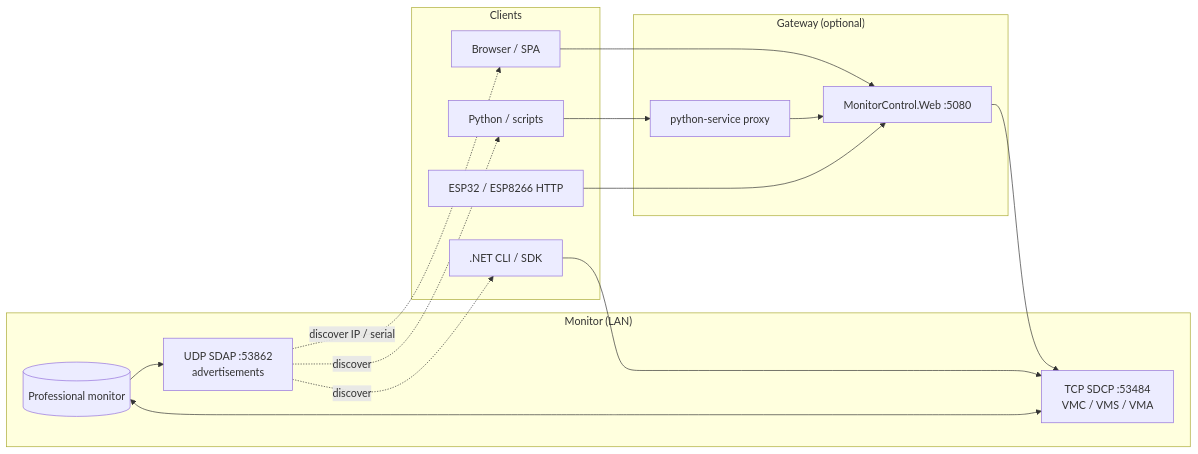
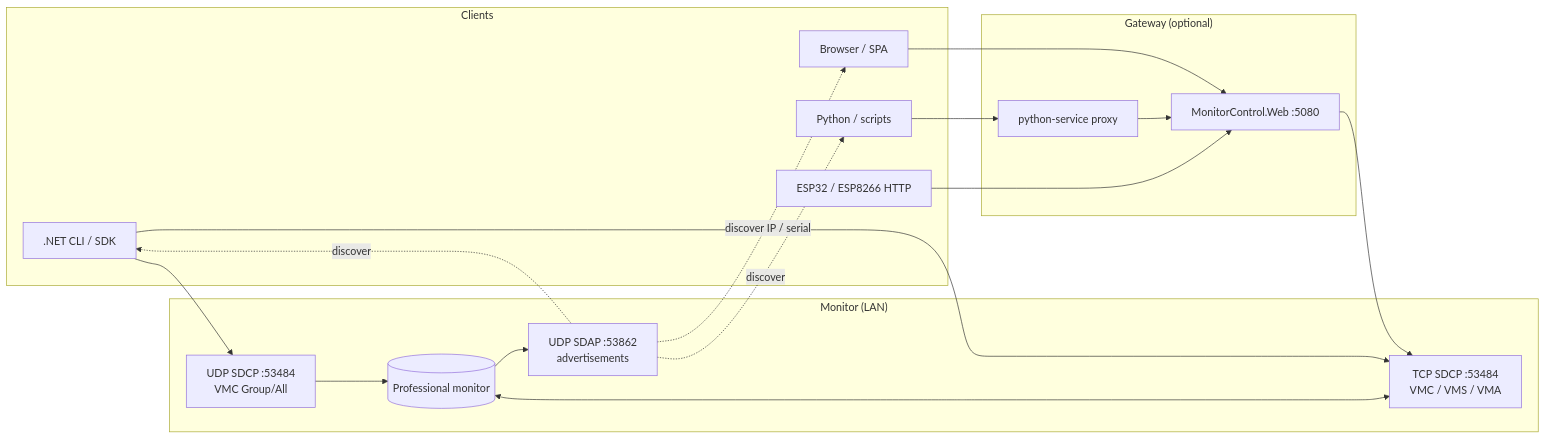
Before and after one commit to andrew867/MonitorControlSDK: the first of 6 diagrams in docs/diagrams/monitor-control-flows.md, drawn with Mermaid. The commit also changed other lines of this file and 24 other files, not shown here.

First line of the commit message:
feat(sdcp): UDP VMC broadcast transport, CLI, web API, sample, and docs

````diff
--- a/docs/diagrams/monitor-control-flows.md
+++ b/docs/diagrams/monitor-control-flows.md
@@ -9,34 +9,37 @@
 ```mermaid
 flowchart LR
   subgraph Clients
     Web[Browser / SPA]
     Py[Python / scripts]
     DotNet[.NET CLI / SDK]
     Mcu[ESP32 / ESP8266 HTTP]
   end
 
   subgraph Gateway_optional["Gateway (optional)"]
     WebApi["MonitorControl.Web :5080"]
     PyGw["python-service proxy"]
   end
 
   subgraph Monitor_LAN["Monitor (LAN)"]
     SDAP["UDP SDAP :53862<br/>advertisements"]
     SDCP["TCP SDCP :53484<br/>VMC / VMS / VMA"]
+    SDCPu["UDP SDCP :53484<br/>VMC Group/All"]
     Mon[(Professional monitor)]
   end
 
   Web --> WebApi
   Py --> PyGw
   PyGw --> WebApi
   Mcu --> WebApi
 
   WebApi --> SDCP
   DotNet --> SDCP
+  DotNet --> SDCPu
 
   SDAP -.->|discover IP / serial| Web
   SDAP -.->|discover| Py
   SDAP -.->|discover| DotNet
   Mon --> SDAP
   Mon <--> SDCP
+  SDCPu --> Mon
 ```
````
